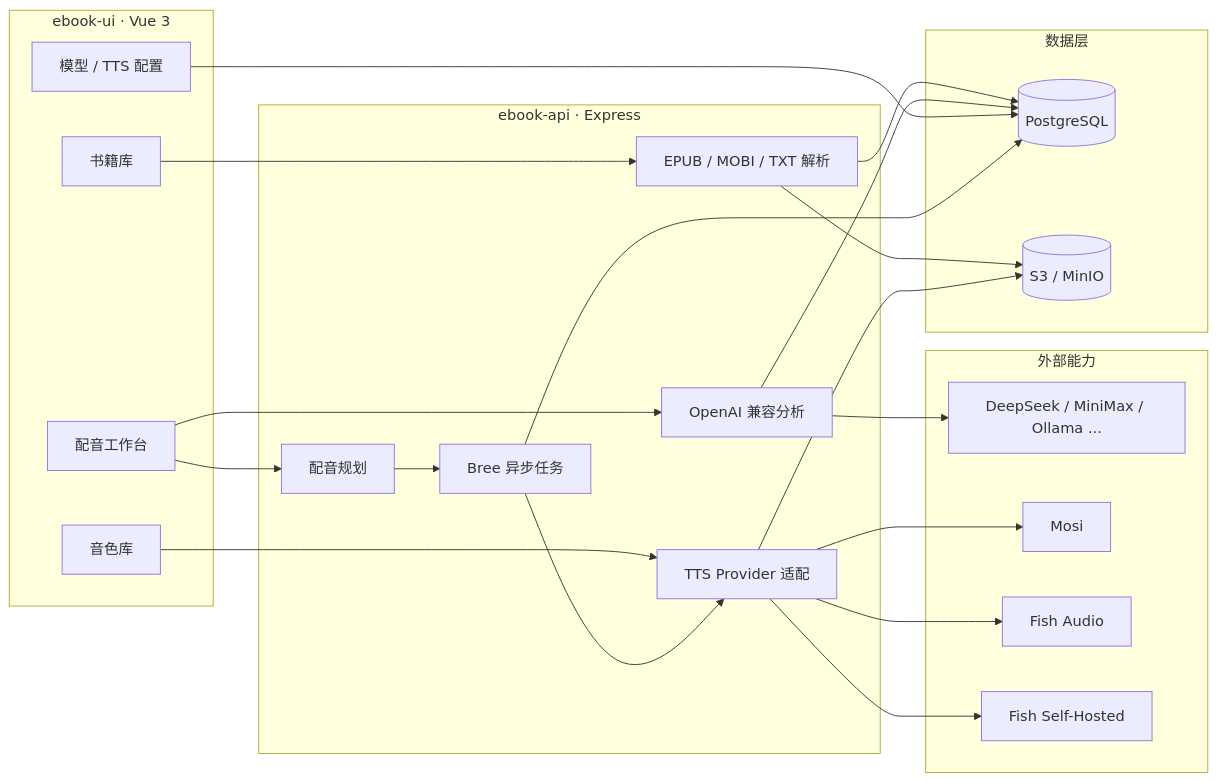
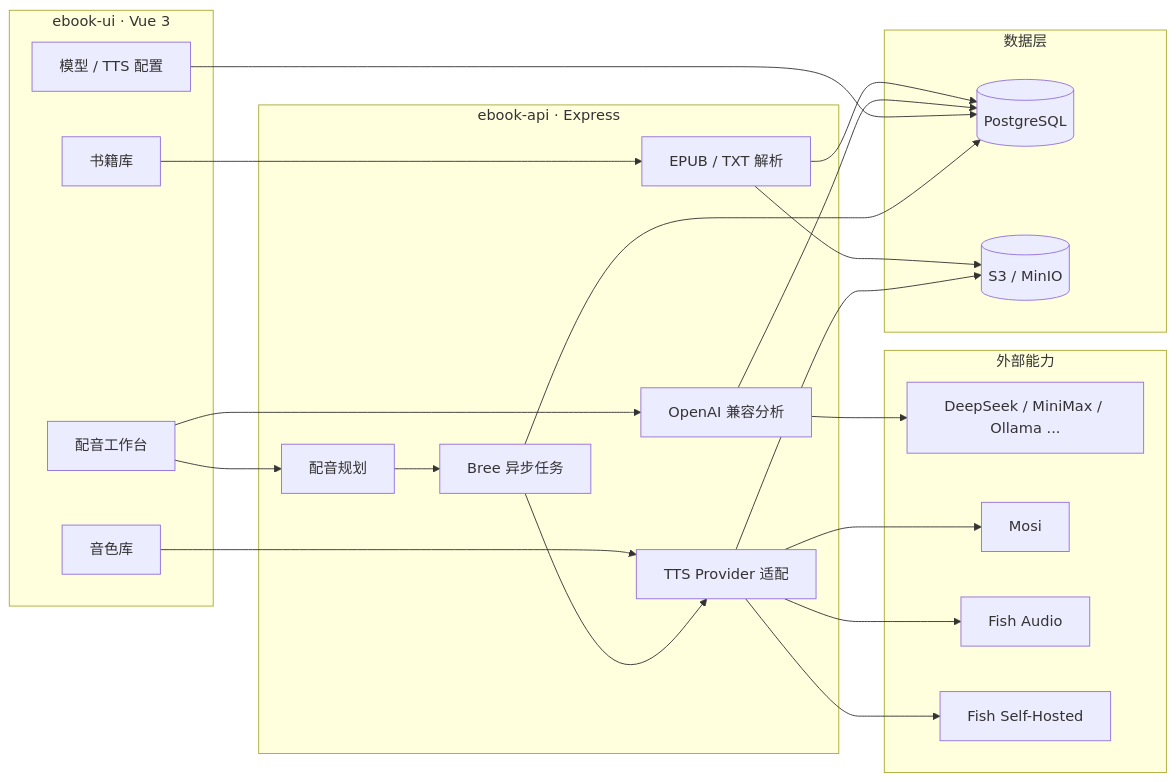
The diagram in README.md (fengqiaozhu/dub2), drawn with Mermaid before and after one commit. The commit also changed other lines of this file, not shown here.

First line of the commit message:
docs(readme): correct MOBI ingest disclosure per CTO review

````diff
--- a/README.md
+++ b/README.md
@@ -228,46 +228,46 @@
 ```mermaid
 flowchart LR
   subgraph UI["ebook-ui · Vue 3"]
     Books[书籍库]
     Voices[音色库]
     Studio[配音工作台]
     Settings[模型 / TTS 配置]
   end
 
   subgraph API["ebook-api · Express"]
-    Parser[EPUB / MOBI / TXT 解析]
+    Parser[EPUB / TXT 解析]
     AI[OpenAI 兼容分析]
     Planner[配音规划]
     Jobs[Bree 异步任务]
     TTS[TTS Provider 适配]
   end
 
   subgraph Data["数据层"]
     PG[(PostgreSQL)]
     S3[(S3 / MinIO)]
   end
 
   subgraph Providers["外部能力"]
     LLM[DeepSeek / MiniMax / Ollama ...]
     Mosi[Mosi]
     Fish[Fish Audio]
     FishLocal[Fish Self-Hosted]
   end
 
   Books --> Parser
   Parser --> PG
   Parser --> S3
   Studio --> AI
   AI --> LLM
   AI --> PG
   Studio --> Planner
   Voices --> TTS
   Planner --> Jobs
   Jobs --> TTS
   TTS --> Mosi
   TTS --> Fish
   TTS --> FishLocal
   TTS --> S3
   Settings --> PG
   Jobs --> PG
 ```
````
